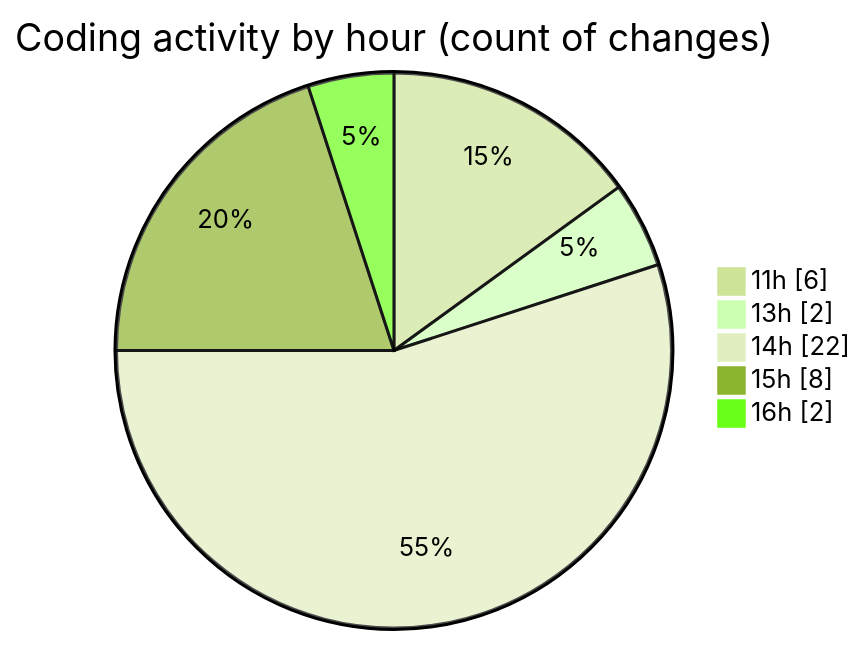
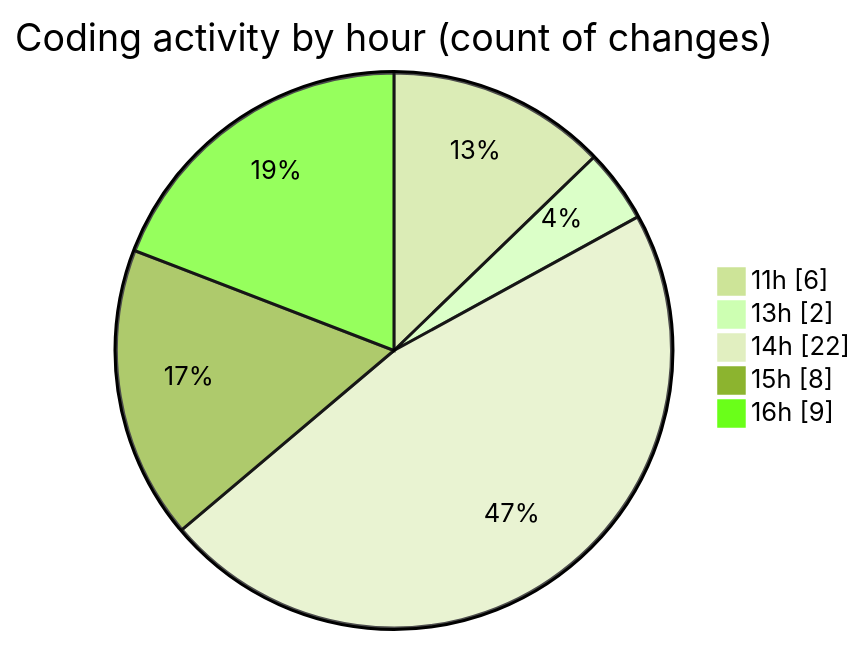
One commit to nxtqubesakshisongat/code-tracking changed the second of 2 diagrams in 2025-06-07/nxtqube_webapp/README.md. Above: the diagram before and after it, drawn with Mermaid (forest theme). The commit also changed other lines of this file and 1 other file, not shown here.

````diff
--- a/2025-06-07/nxtqube_webapp/README.md
+++ b/2025-06-07/nxtqube_webapp/README.md
@@ -33,9 +33,9 @@
 ```mermaid
 pie showData
 title Coding activity by hour (count of changes)
 "11h" : 6
 "13h" : 2
 "14h" : 22
 "15h" : 8
-"16h" : 2
+"16h" : 9
 ```
````
